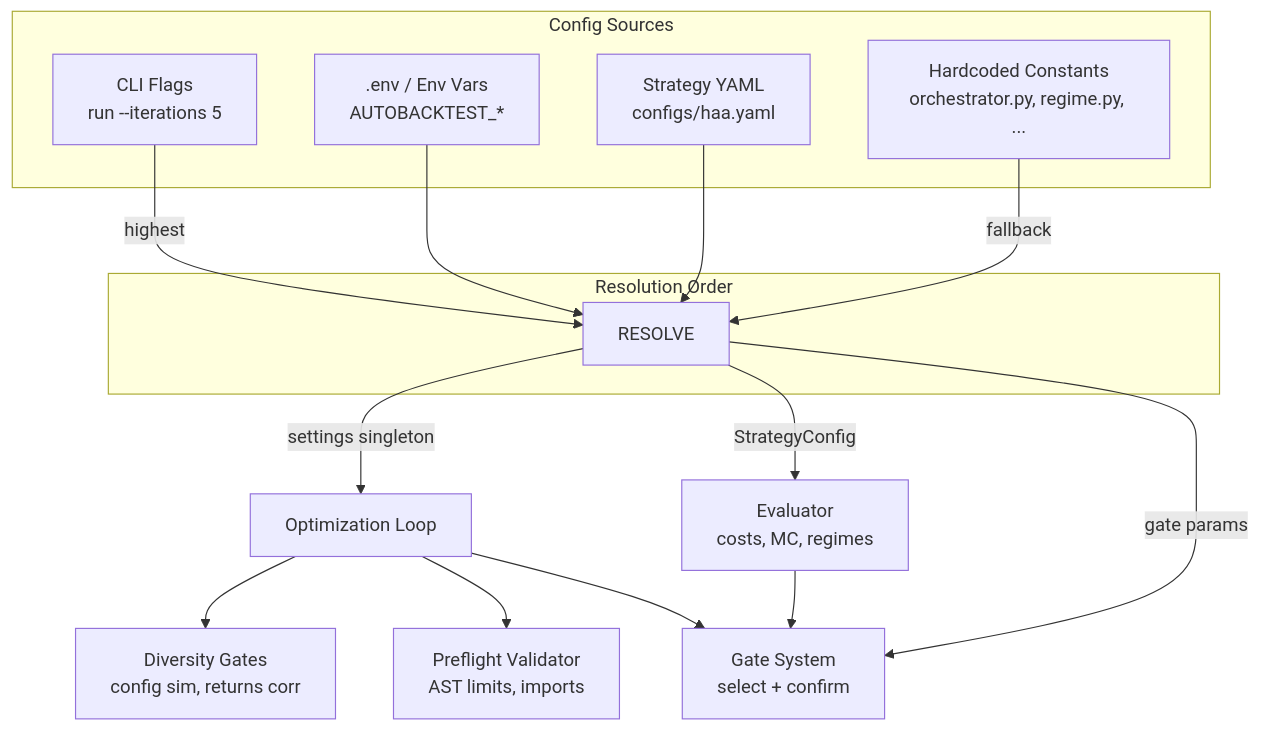
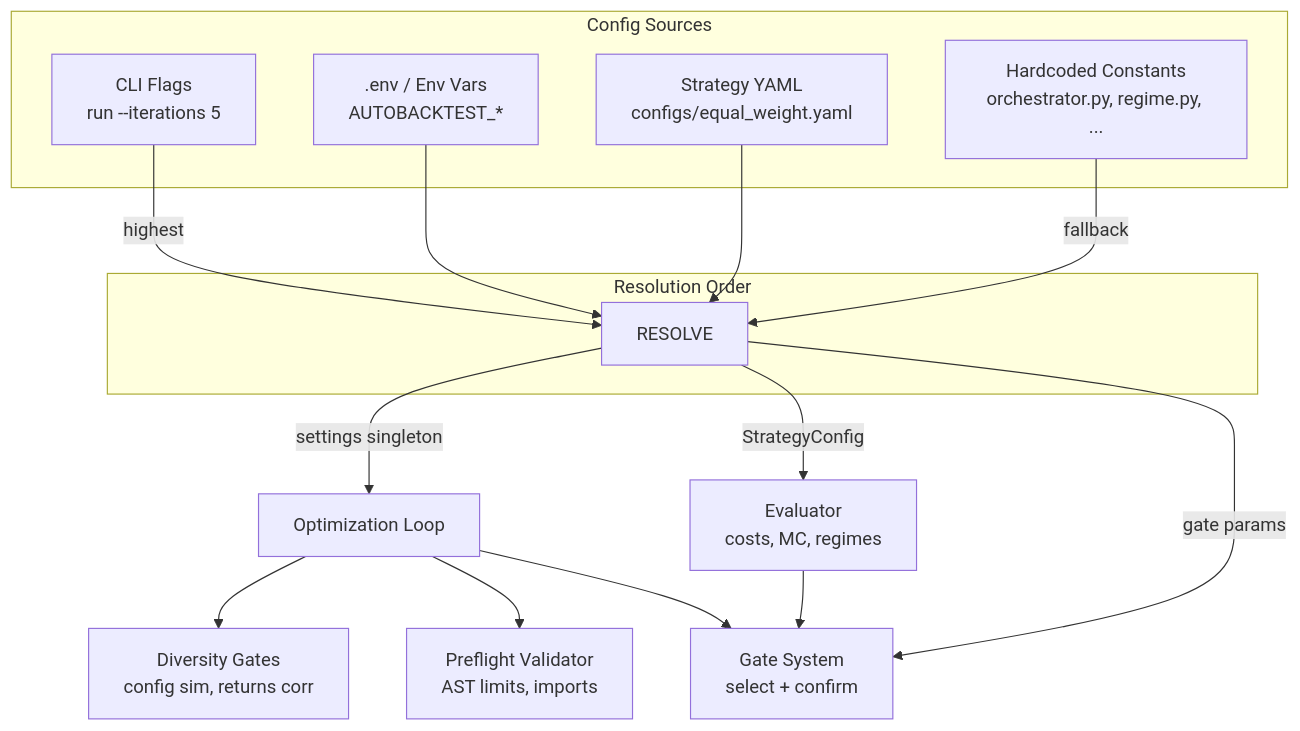
The diagram in docs/optimization-config-reference.md (LeFi8/autobacktest), drawn with Mermaid before and after one commit. The commit also changed 20 other files, not shown here.

````diff
--- a/docs/optimization-config-reference.md
+++ b/docs/optimization-config-reference.md
@@ -11,25 +11,25 @@
 ```mermaid
 graph TB
     subgraph "Config Sources"
         CLI[CLI Flags<br/>run --iterations 5]
         ENV[.env / Env Vars<br/>AUTOBACKTEST_*]
-        YAML[Strategy YAML<br/>configs/haa.yaml]
+        YAML[Strategy YAML<br/>configs/equal_weight.yaml]
         CODE[Hardcoded Constants<br/>orchestrator.py, regime.py, ...]
     end
 
     subgraph "Resolution Order"
         CLI -->|highest| RESOLVE
         ENV --> RESOLVE
         YAML --> RESOLVE
         CODE -->|fallback| RESOLVE
     end
 
     RESOLVE -->|settings singleton| ORCH[Optimization Loop]
     RESOLVE -->|StrategyConfig| EVAL[Evaluator<br/>costs, MC, regimes]
     RESOLVE -->|gate params| GATE[Gate System<br/>select + confirm]
 
     ORCH --> DIVERSITY_DG[Diversity Gates<br/>config sim, returns corr]
     ORCH --> PREFLIGHT[Preflight Validator<br/>AST limits, imports]
     ORCH --> GATE
     EVAL --> GATE
 ```
````
